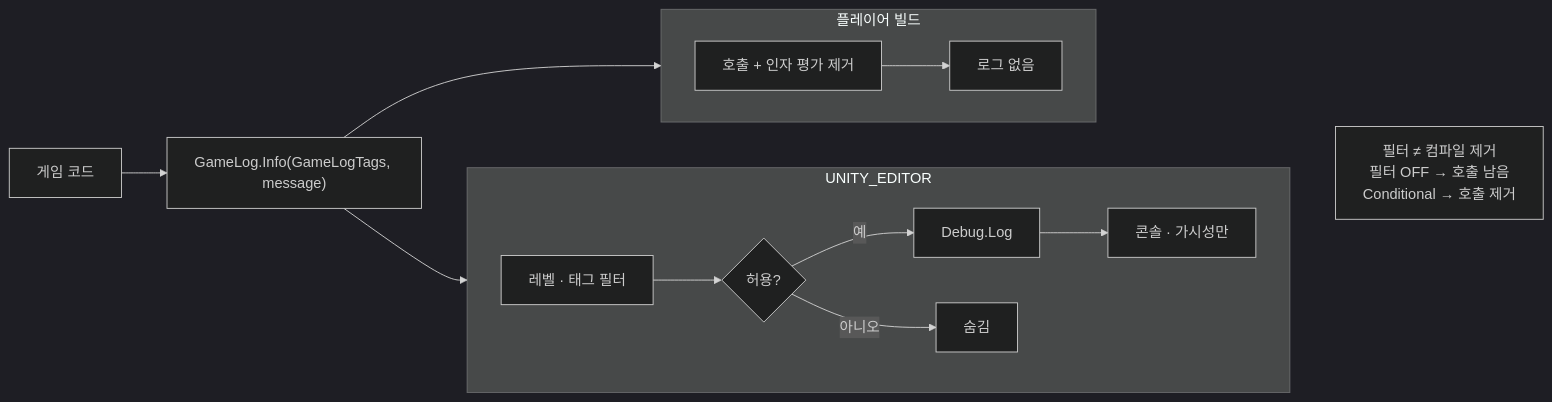
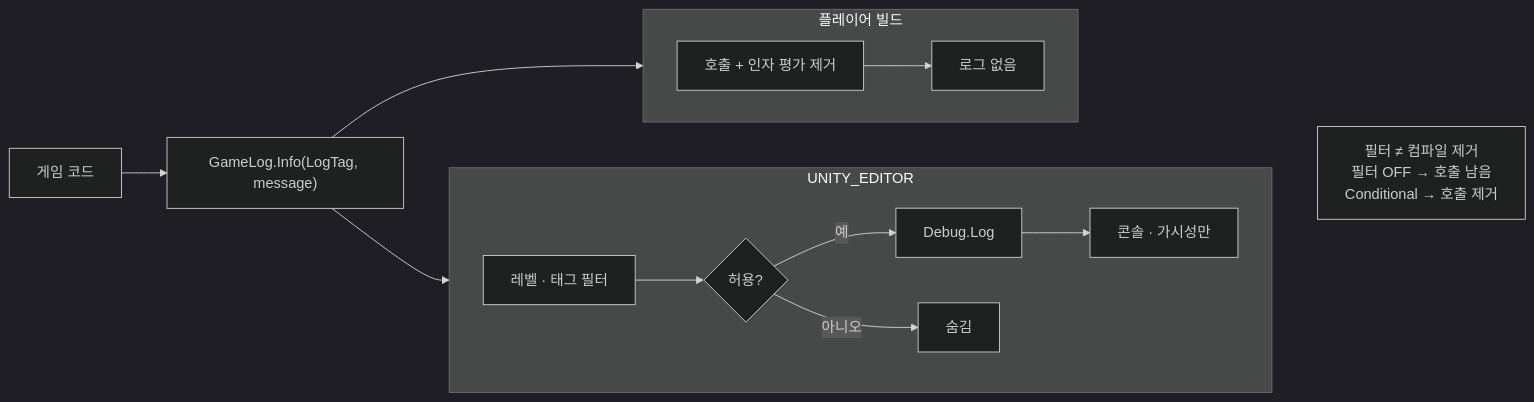
Before and after one commit to monet5379/unity-conditional-log: the diagram in docs/diagrams/overview.ko.mmd, drawn with Mermaid. The commit also changed 7 other files, not shown here.

First line of the commit message:
docs(docs): README·Architecture·개요 다이어그램을 UPM·LogTag 계약에 맞춤

```diff
--- a/docs/diagrams/overview.ko.mmd
+++ b/docs/diagrams/overview.ko.mmd
@@ -1,22 +1,22 @@
 %%{init: {'theme':'dark'}}%%
 flowchart LR
-  G["게임 코드"] --> L["GameLog.Info(GameLogTags, message)"]
+  G["게임 코드"] --> L["GameLog.Info(LogTag, message)"]
 
   subgraph EDITOR["UNITY_EDITOR"]
     direction LR
     F["레벨 · 태그 필터"] --> A{"허용?"}
     A -->|예| DL["Debug.Log"] --> C["콘솔 · 가시성만"]
     A -->|아니오| H["숨김"]
   end
 
   subgraph PLAYER["플레이어 빌드"]
     direction LR
     S["호출 + 인자 평가 제거"] --> NL["로그 없음"]
   end
 
   L --> F
   L --> S
 
   NOTE["필터 ≠ 컴파일 제거<br/>필터 OFF → 호출 남음<br/>Conditional → 호출 제거"]
   C ~~~ NOTE
   NL ~~~ NOTE
```
